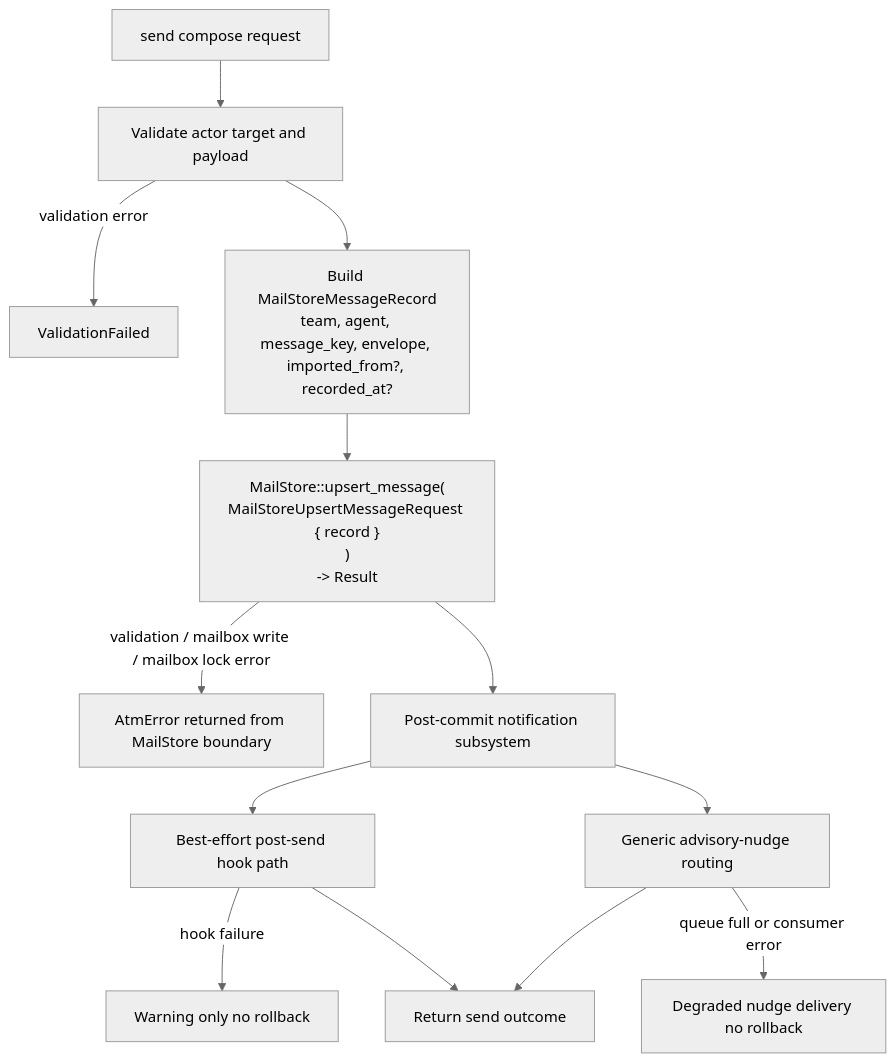
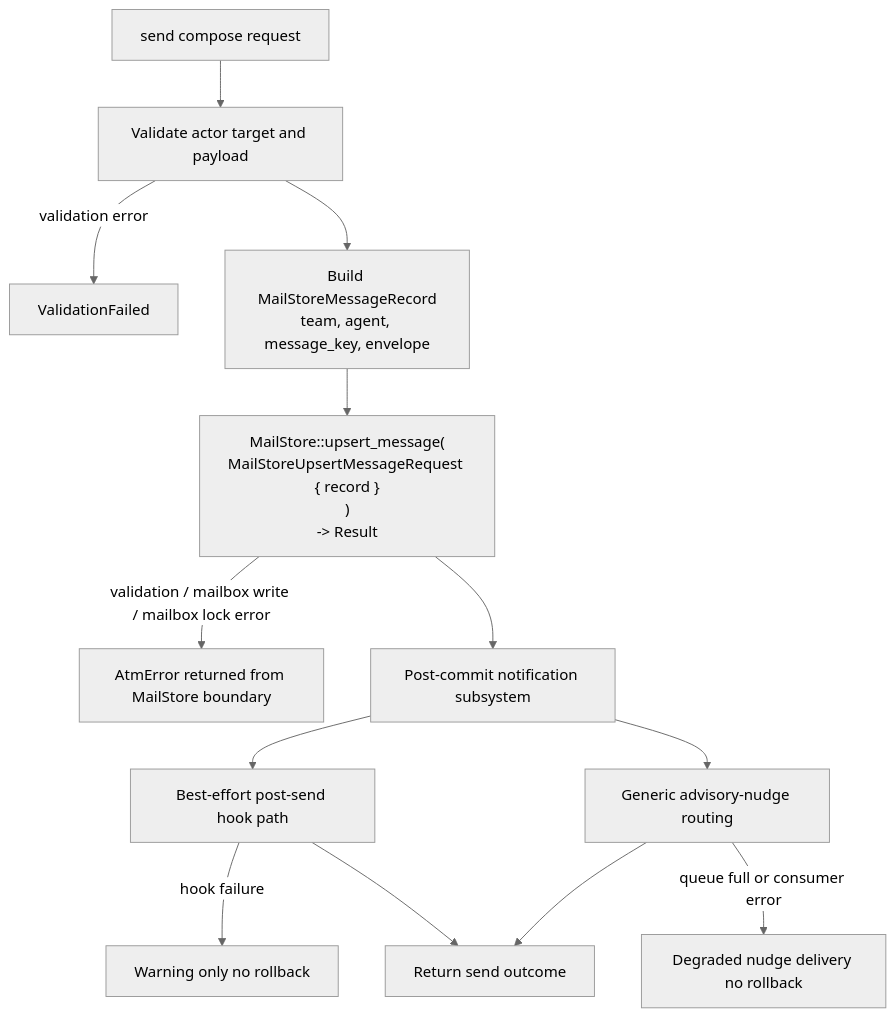
Before and after one commit to randlee/atm-core: the diagram in docs/atm/atm-send-compose.mmd, drawn with Mermaid (neutral theme). The commit also changed 29 other files, not shown here.

```diff
--- a/docs/atm/atm-send-compose.mmd
+++ b/docs/atm/atm-send-compose.mmd
@@ -1,21 +1,21 @@
 %% title: `atm send`
 %% summary: Compose and persist one message, then run post-commit effects.
 %% commentary: This path should validate input, commit SQLite first, then run post-commit hooks or advisory nudges without letting any side effect outrun durable truth.
 %% sets: cli,client
 flowchart TD
     A[send compose request] --> B[Validate actor target and payload]
     B -->|validation error| E1[ValidationFailed]
     B --> C["Build MailStoreMessageRecord
-team, agent, message_key, envelope, imported_from?, recorded_at?"]
+team, agent, message_key, envelope"]
     C --> D["MailStore::upsert_message(
 MailStoreUpsertMessageRequest { record }
 )
 -> Result<MailStoreUpsertMessageResponse, AtmError>"]
     D -->|validation / mailbox write / mailbox lock error| E2[AtmError returned from MailStore boundary]
     D --> N1[Post-commit notification subsystem]
     N1 --> N2[Best-effort post-send hook path]
     N1 --> N3[Generic advisory-nudge routing]
     N2 -->|hook failure| W1[Warning only no rollback]
     N3 -->|queue full or consumer error| W2[Degraded nudge delivery no rollback]
     N2 --> O1[Return send outcome]
     N3 --> O1
```
